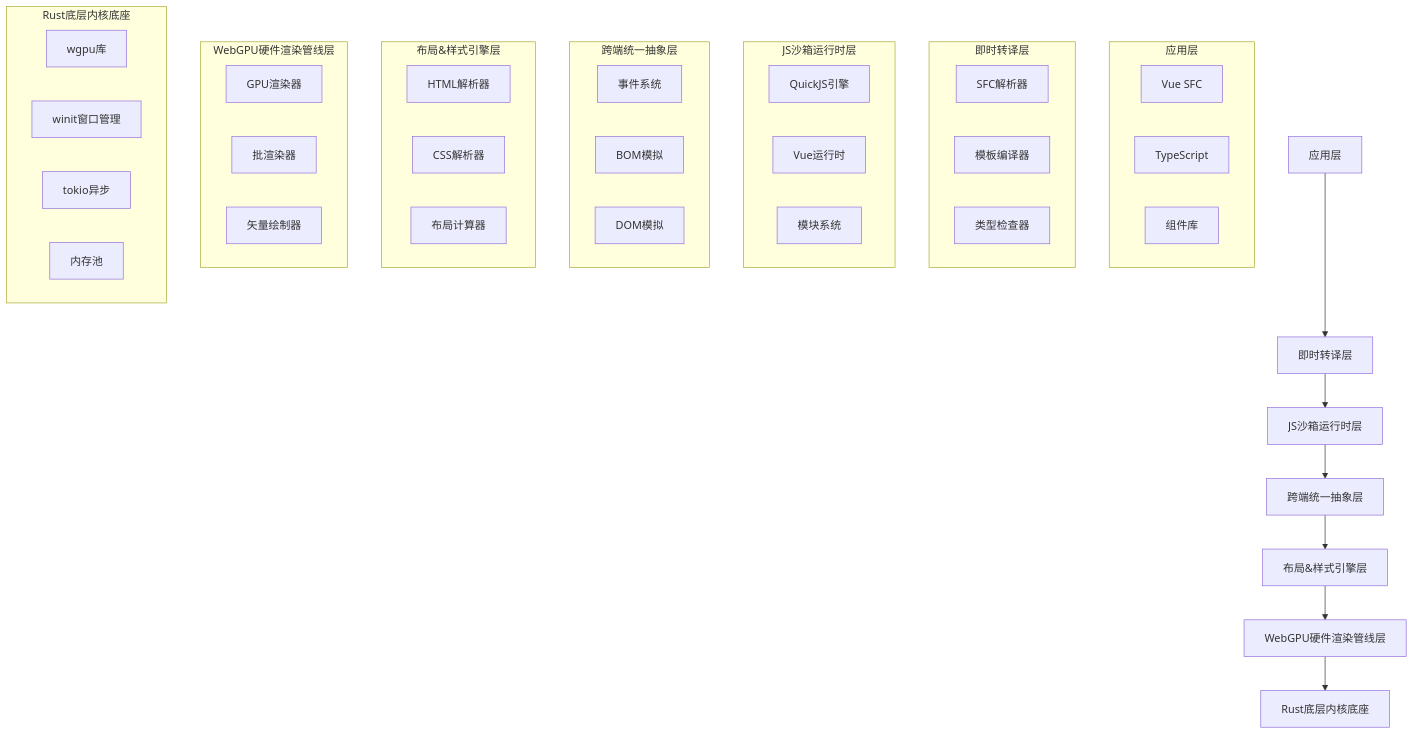
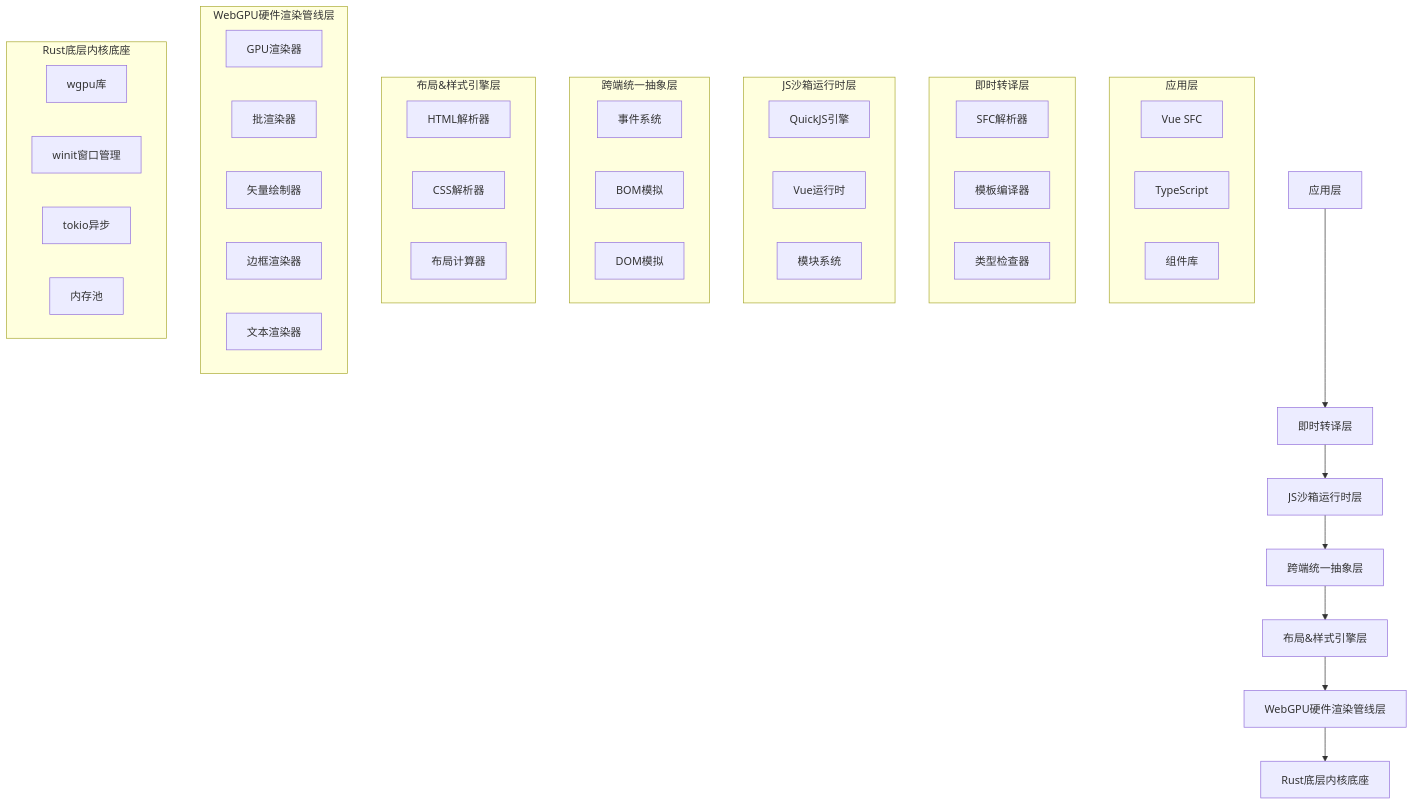
Before and after one commit to itszzl-sudo/iris: the third of 32 diagrams in .qoder/repowiki/zh/content/技术架构详解/WebGPU渲染引擎/WebGPU渲染引擎.md, drawn with Mermaid. The commit also changed other lines of this file and 4 other files, not shown here.

````diff
--- a/.qoder/repowiki/zh/content/技术架构详解/WebGPU渲染引擎/WebGPU渲染引擎.md
+++ b/.qoder/repowiki/zh/content/技术架构详解/WebGPU渲染引擎/WebGPU渲染引擎.md
@@ -159,45 +173,47 @@
 ```mermaid
 flowchart TD
 A[应用层] --> B[即时转译层]
 B --> C[JS沙箱运行时层]
 C --> D[跨端统一抽象层]
 D --> E[布局&样式引擎层]
 E --> F[WebGPU硬件渲染管线层]
 F --> G[Rust底层内核底座]
 subgraph "应用层"
 A1[Vue SFC]
 A2[TypeScript]
 A3[组件库]
 end
 subgraph "即时转译层"
 B1[SFC解析器]
 B2[模板编译器]
 B3[类型检查器]
 end
 subgraph "JS沙箱运行时层"
 C1[QuickJS引擎]
 C2[Vue运行时]
 C3[模块系统]
 end
 subgraph "跨端统一抽象层"
 D1[事件系统]
 D2[BOM模拟]
 D3[DOM模拟]
 end
 subgraph "布局&样式引擎层"
 E1[HTML解析器]
 E2[CSS解析器]
 E3[布局计算器]
 end
 subgraph "WebGPU硬件渲染管线层"
 F1[GPU渲染器]
 F2[批渲染器]
 F3[矢量绘制器]
+F4[边框渲染器]
+F5[文本渲染器]
 end
 subgraph "Rust底层内核底座"
 G1[wgpu库]
 G2[winit窗口管理]
 G3[tokio异步]
 G4[内存池]
 end
 ```
````
